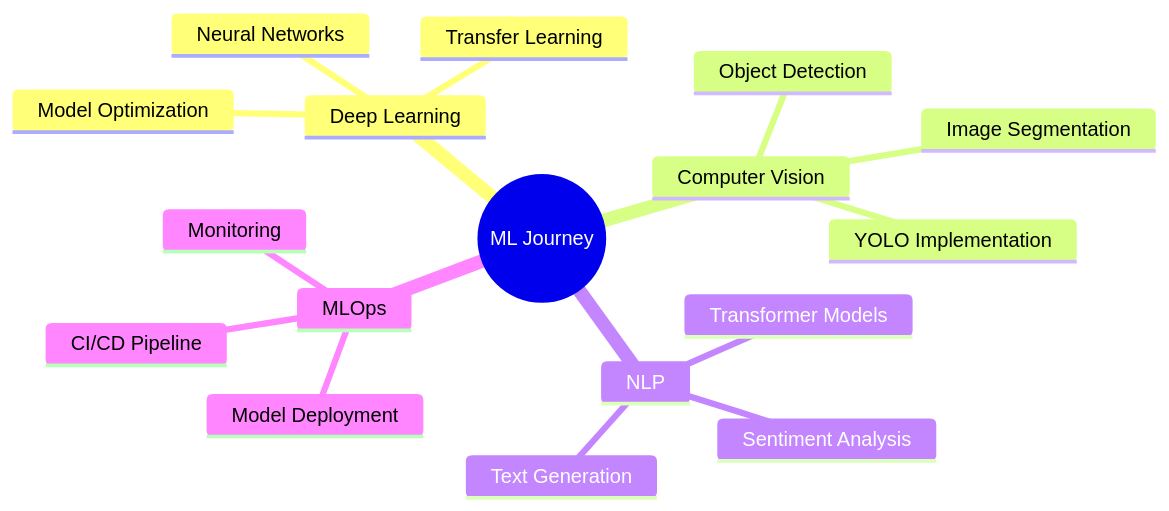
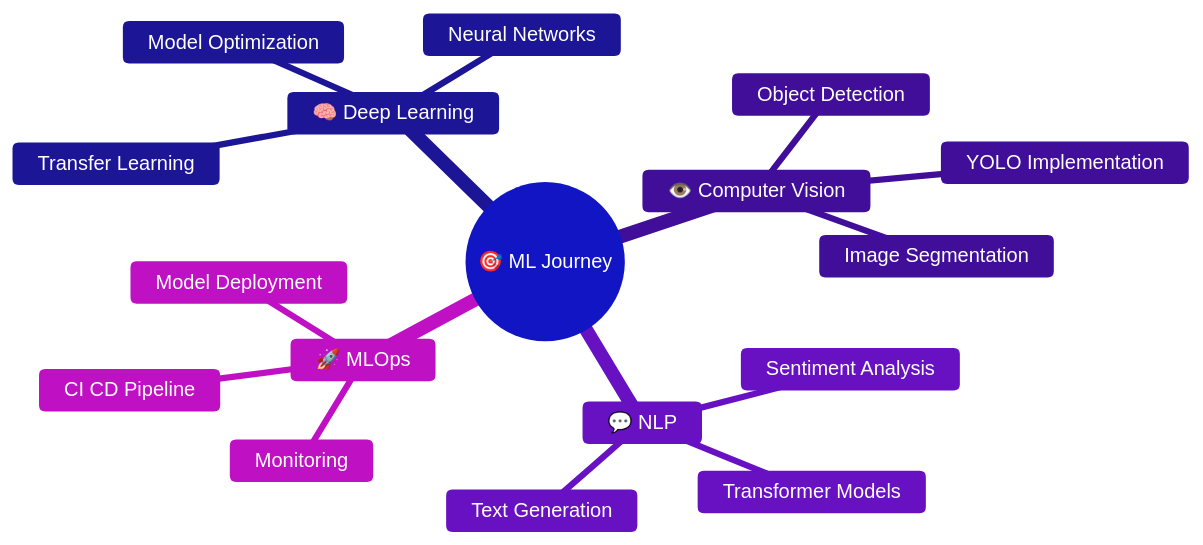
One commit to ziee2/ziee2 changed the diagram in README.md. Above: the diagram before and after it, drawn with Mermaid. The commit also changed other lines of this file, not shown here.

````diff
--- a/README.md
+++ b/README.md
@@ -141,20 +145,21 @@
 ```mermaid
+%%{init: {'theme':'base', 'themeVariables': { 'primaryColor':'#6366F1','primaryTextColor':'#fff','primaryBorderColor':'#818CF8','lineColor':'#818CF8','secondaryColor':'#4F46E5','tertiaryColor':'#7C3AED','background':'#1e1e2e','mainBkg':'#6366F1','secondBkg':'#4F46E5','tertiaryBkg':'#7C3AED','clusterBkg':'#312E81','clusterBorder':'#818CF8','textColor':'#E5E7EB','fontSize':'16px','nodeBorder':'#818CF8','edgeLabelBackground':'#1e1e2e'}}}%%
 mindmap
-  root((ML Journey))
-    Deep Learning
+  root((🎯 ML Journey))
+    🧠 Deep Learning
       Neural Networks
       Transfer Learning
       Model Optimization
-    Computer Vision
+    👁️ Computer Vision
       Object Detection
       Image Segmentation
       YOLO Implementation
-    NLP
+    💬 NLP
       Transformer Models
       Sentiment Analysis
       Text Generation
-    MLOps
+    🚀 MLOps
       Model Deployment
-      CI/CD Pipeline
+      CI CD Pipeline
       Monitoring
 ```
````
